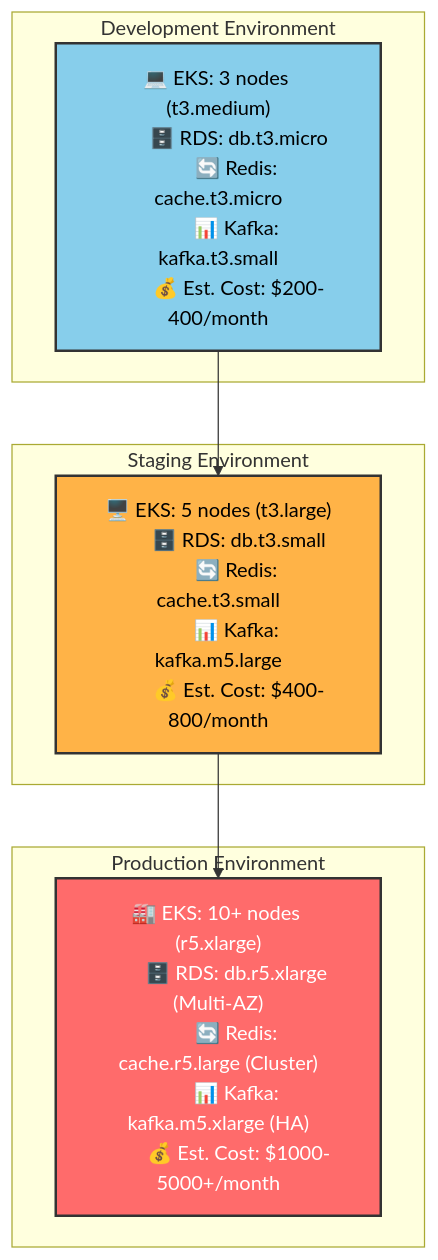
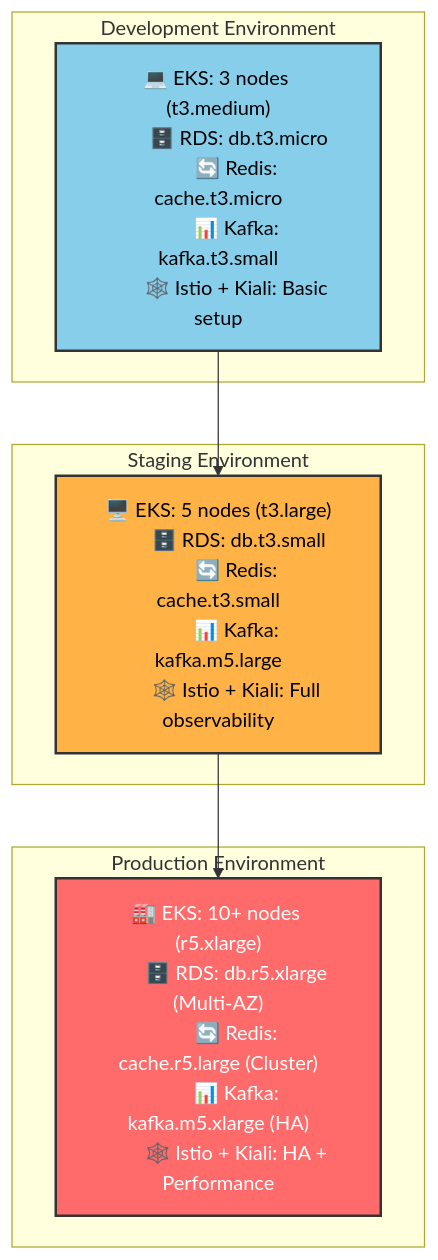
Before and after one commit to Saoudyahya/Ecommerce-App-Terraform-config: the fifth of 9 diagrams in README.md, drawn with Mermaid. The commit also changed other lines of this file, not shown here.

````diff
--- a/README.md
+++ b/README.md
@@ -341,39 +395,39 @@
 ```mermaid
 graph TB
     subgraph "Development Environment"
         DEV_SPECS["
         💻 EKS: 3 nodes (t3.medium)
         🗄️ RDS: db.t3.micro
         🔄 Redis: cache.t3.micro
         📊 Kafka: kafka.t3.small
-        💰 Est. Cost: $200-400/month
+        🕸️ Istio + Kiali: Basic setup
         "]
     end
     
     subgraph "Staging Environment"
         STAGE_SPECS["
         🖥️ EKS: 5 nodes (t3.large)
         🗄️ RDS: db.t3.small
         🔄 Redis: cache.t3.small
         📊 Kafka: kafka.m5.large
-        💰 Est. Cost: $400-800/month
+        🕸️ Istio + Kiali: Full observability
         "]
     end
     
     subgraph "Production Environment"
         PROD_SPECS["
         🏭 EKS: 10+ nodes (r5.xlarge)
         🗄️ RDS: db.r5.xlarge (Multi-AZ)
         🔄 Redis: cache.r5.large (Cluster)
         📊 Kafka: kafka.m5.xlarge (HA)
-        💰 Est. Cost: $1000-5000+/month
+        🕸️ Istio + Kiali: HA + Performance
         "]
     end
     
     DEV_SPECS --> STAGE_SPECS
     STAGE_SPECS --> PROD_SPECS
     
     style DEV_SPECS fill:#87CEEB,stroke:#333,stroke-width:2px,color:#000
     style STAGE_SPECS fill:#FFB347,stroke:#333,stroke-width:2px,color:#000
     style PROD_SPECS fill:#FF6B6B,stroke:#333,stroke-width:2px,color:#fff
 ```
````
